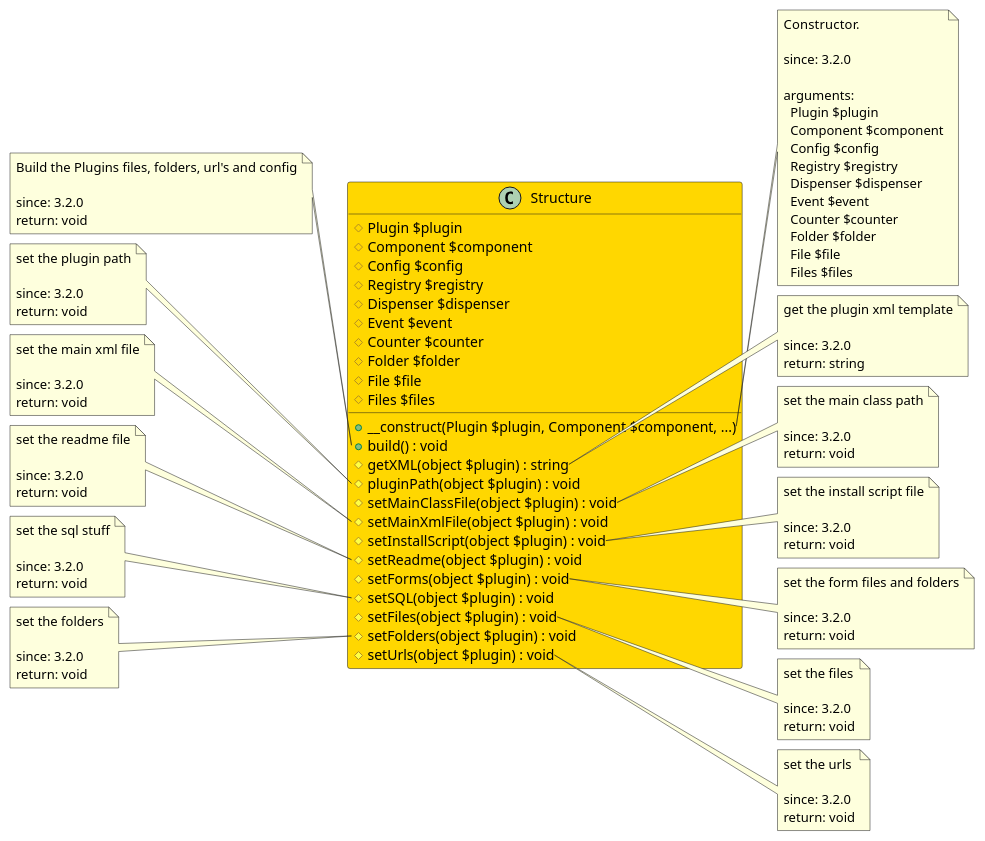
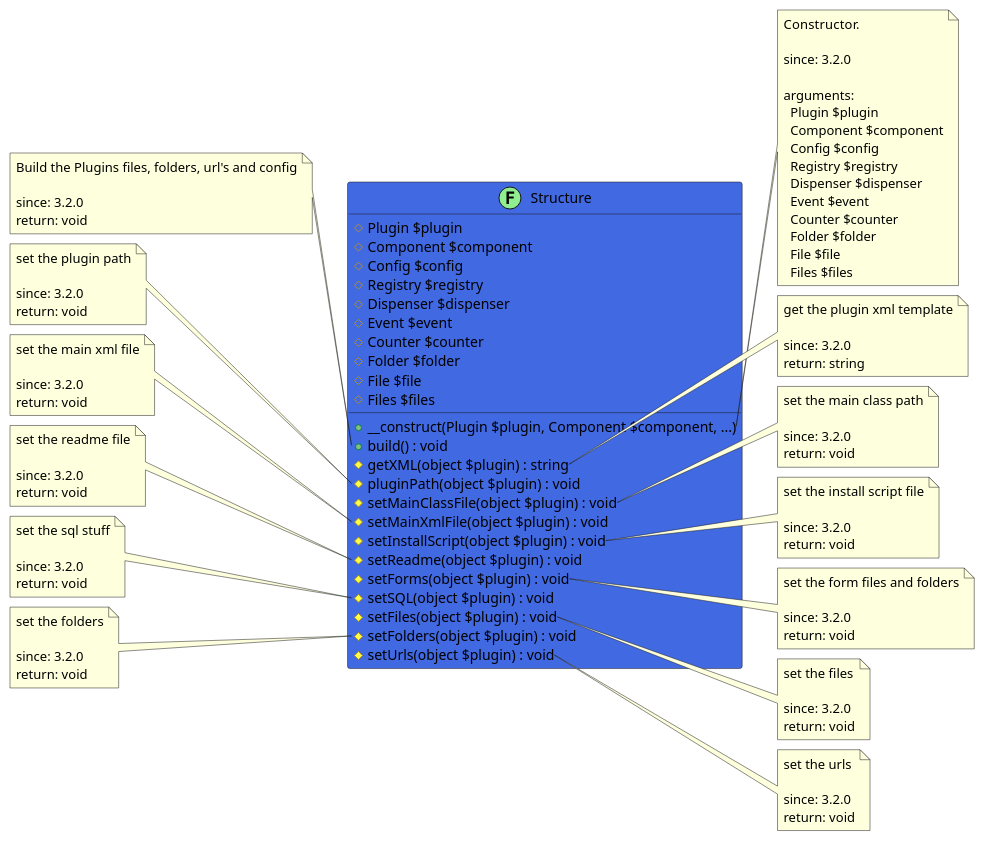
One commit to joomengine/jcb-compiler changed the diagram in src/a900b836-f2eb-4f13-8f28-b7cac839c7ff/README.md. Above: the diagram before and after it, drawn with PlantUML. The commit also changed other lines of this file and 440 other files, not shown here.

````diff
--- a/src/a900b836-f2eb-4f13-8f28-b7cac839c7ff/README.md
+++ b/src/a900b836-f2eb-4f13-8f28-b7cac839c7ff/README.md
@@ -5,7 +5,7 @@
 ```uml
 @startuml
 
-class Structure  #Gold {
+class Structure << (F,LightGreen) >> #RoyalBlue {
   # Plugin $plugin
   # Component $component
   # Config $config
````
